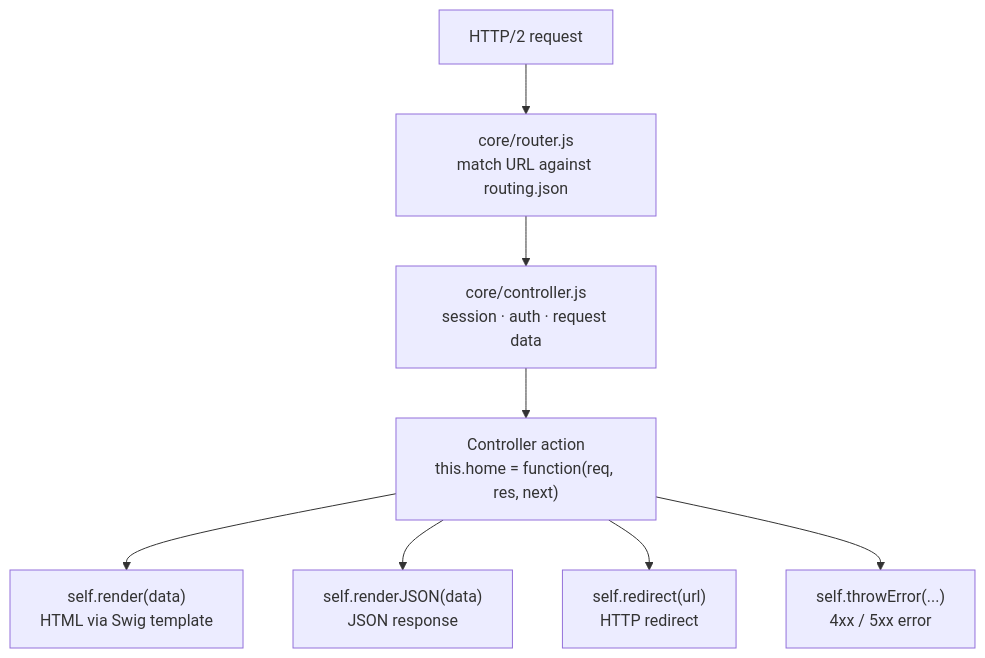
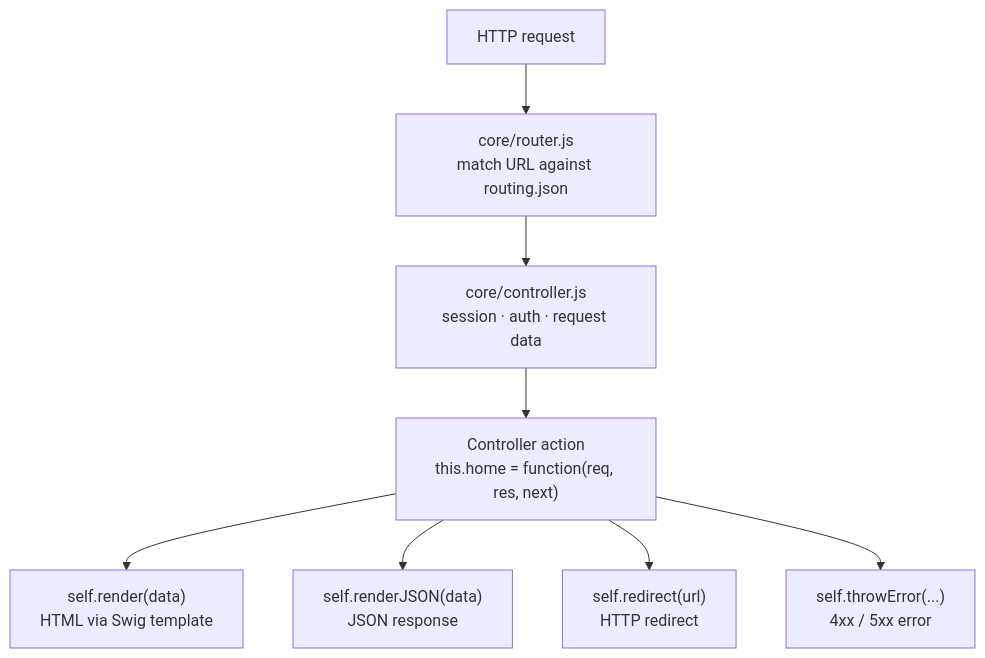
Before and after one commit to gina-io/docs: the fourth of 5 diagrams in docs/concepts/architecture.md, drawn with Mermaid. The commit also changed other lines of this file and 6 other files, not shown here.

````diff
--- a/docs/concepts/architecture.md
+++ b/docs/concepts/architecture.md
@@ -132,10 +133,10 @@
 ```mermaid
 flowchart TD
-    REQ["HTTP/2 request"] --> ROUTER["core/router.js<br/>match URL against routing.json"]
+    REQ["HTTP request"] --> ROUTER["core/router.js<br/>match URL against routing.json"]
     ROUTER --> CTRL["core/controller.js<br/>session · auth · request data"]
     CTRL --> ACTION["Controller action<br/>this.home = function(req, res, next)"]
     ACTION --> HTML["self.render(data)<br/>HTML via Swig template"]
     ACTION --> JSON["self.renderJSON(data)<br/>JSON response"]
     ACTION --> REDIR["self.redirect(url)<br/>HTTP redirect"]
     ACTION --> ERR["self.throwError(...)<br/>4xx / 5xx error"]
 ```
````
